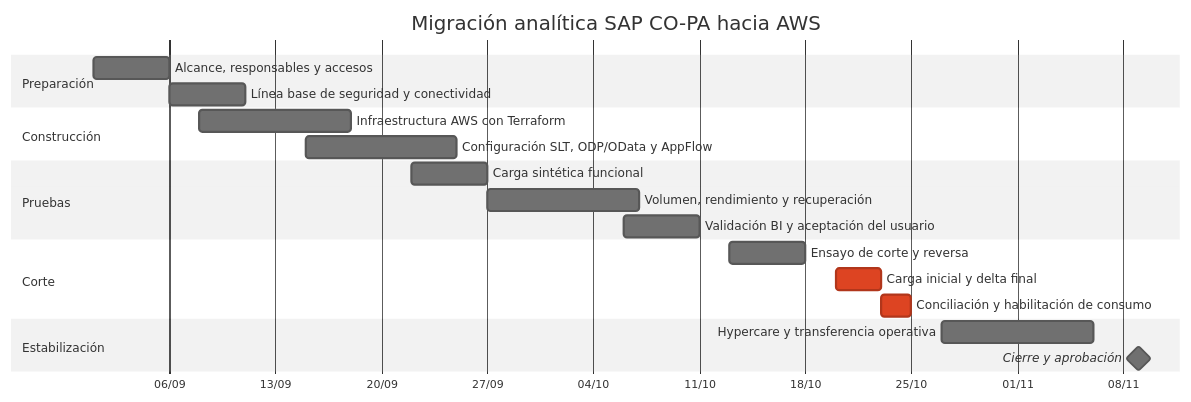
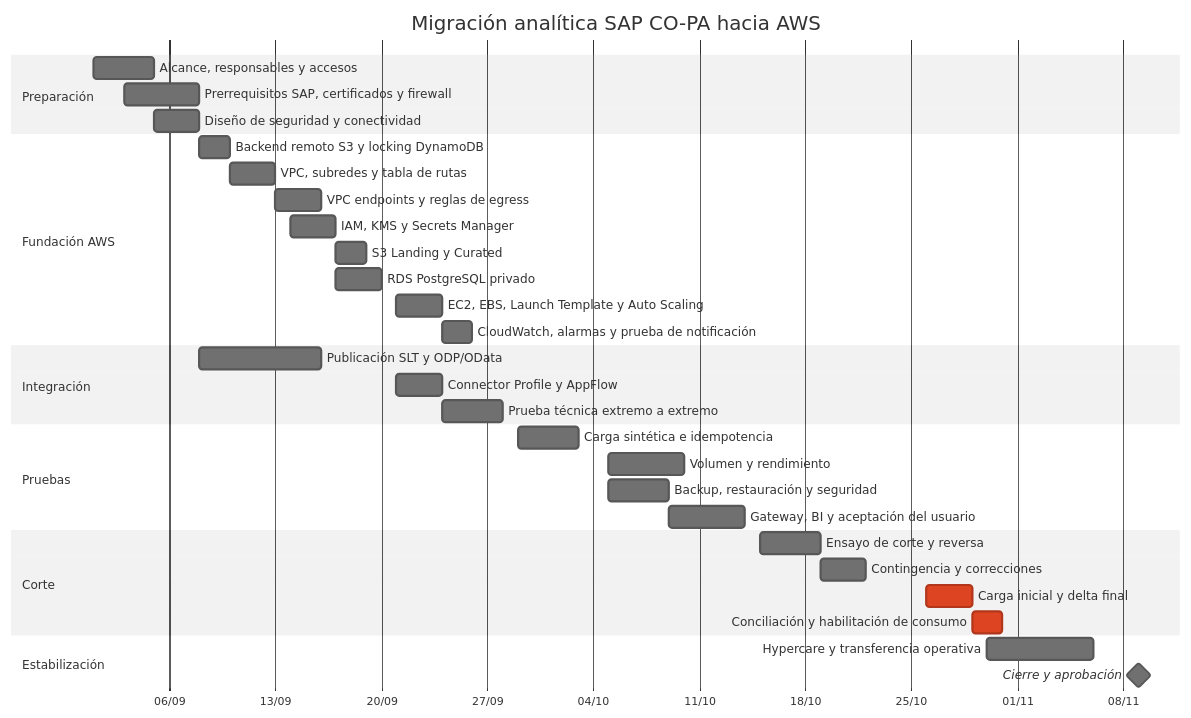
One commit to diegolagre/Proyecto-final changed the diagram in docs/migration-plan.md. Above: the diagram before and after it, drawn with Mermaid (neutral theme). The commit also changed other lines of this file, not shown here.

Commit message:
docs: detail deployment and testing timeline

````diff
--- a/docs/migration-plan.md
+++ b/docs/migration-plan.md
@@ -21,28 +21,42 @@
 ```mermaid
 gantt
   title Migración analítica SAP CO-PA hacia AWS
   dateFormat YYYY-MM-DD
   axisFormat %d/%m
 
   section Preparación
-  Alcance, responsables y accesos          :a1, 2026-09-01, 5d
-  Línea base de seguridad y conectividad   :a2, after a1, 5d
+  Alcance, responsables y accesos                 :a1, 2026-09-01, 4d
+  Prerrequisitos SAP, certificados y firewall     :a2, 2026-09-03, 5d
+  Diseño de seguridad y conectividad               :a3, after a1, 3d
 
-  section Construcción
-  Infraestructura AWS con Terraform        :b1, 2026-09-08, 10d
-  Configuración SLT, ODP/OData y AppFlow    :b2, 2026-09-15, 10d
+  section Fundación AWS
+  Backend remoto S3 y locking DynamoDB             :b1, 2026-09-08, 2d
+  VPC, subredes y tabla de rutas                    :b2, after b1, 3d
+  VPC endpoints y reglas de egress                  :b3, after b2, 3d
+  IAM, KMS y Secrets Manager                        :b4, 2026-09-14, 3d
+  S3 Landing y Curated                              :b5, 2026-09-17, 2d
+  RDS PostgreSQL privado                            :b6, 2026-09-17, 3d
+  EC2, EBS, Launch Template y Auto Scaling          :b7, 2026-09-21, 3d
+  CloudWatch, alarmas y prueba de notificación      :b8, 2026-09-24, 2d
+
+  section Integración
+  Publicación SLT y ODP/OData                       :c1, 2026-09-08, 8d
+  Connector Profile y AppFlow                       :c2, 2026-09-21, 3d
+  Prueba técnica extremo a extremo                  :c3, 2026-09-24, 4d
 
   section Pruebas
-  Carga sintética funcional                :c1, 2026-09-22, 5d
-  Volumen, rendimiento y recuperación      :c2, after c1, 10d
-  Validación BI y aceptación del usuario   :c3, 2026-10-06, 5d
+  Carga sintética e idempotencia                     :d1, 2026-09-29, 4d
+  Volumen y rendimiento                               :d2, 2026-10-05, 5d
+  Backup, restauración y seguridad                    :d3, 2026-10-05, 4d
+  Gateway, BI y aceptación del usuario                :d4, 2026-10-09, 5d
 
   section Corte
-  Ensayo de corte y reversa                 :d1, 2026-10-13, 5d
-  Carga inicial y delta final               :crit, d2, 2026-10-20, 3d
-  Conciliación y habilitación de consumo    :crit, d3, after d2, 2d
+  Ensayo de corte y reversa                          :e1, 2026-10-15, 4d
+  Contingencia y correcciones                        :e2, after e1, 3d
+  Carga inicial y delta final                        :crit, e3, 2026-10-26, 3d
+  Conciliación y habilitación de consumo             :crit, e4, after e3, 2d
 
   section Estabilización
-  Hypercare y transferencia operativa       :e1, 2026-10-27, 10d
-  Cierre y aprobación                       :milestone, e2, 2026-11-09, 0d
+  Hypercare y transferencia operativa                :f1, 2026-10-30, 7d
+  Cierre y aprobación                                 :milestone, f2, 2026-11-09, 0d
 ```
````
